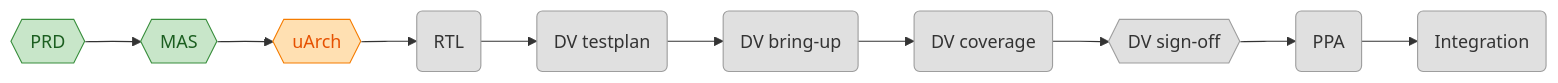
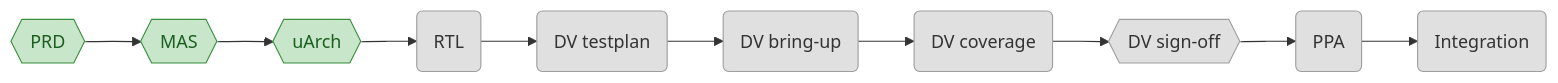
Before and after one commit to matanco64/HWSW_Project: the first of 3 diagrams in hw/PROGRESS.md, drawn with Mermaid. The commit also changed other lines of this file and 5 other files, not shown here.

````diff
--- a/hw/PROGRESS.md
+++ b/hw/PROGRESS.md
@@ -10,22 +10,21 @@
 ```mermaid
 flowchart LR
     prd{{PRD}}
     mas{{MAS}}
     uarch{{uArch}}
     rtl(RTL)
     dv_testplan(DV testplan)
     dv_bringup(DV bring-up)
     dv_coverage(DV coverage)
     dv_signoff{{DV sign-off}}
     ppa(PPA)
     integration(Integration)
     prd --> mas --> uarch --> rtl --> dv_testplan --> dv_bringup --> dv_coverage --> dv_signoff --> ppa --> integration
     classDef todo fill:#e0e0e0,stroke:#9e9e9e,color:#333
     classDef in_progress fill:#bbdefb,stroke:#1976d2,color:#0d47a1
     classDef review fill:#ffe0b2,stroke:#f57c00,color:#e65100
     classDef done fill:#c8e6c9,stroke:#388e3c,color:#1b5e20
     classDef blocked fill:#ffcdd2,stroke:#d32f2f,color:#b71c1c
     class rtl,dv_testplan,dv_bringup,dv_coverage,dv_signoff,ppa,integration todo
-    class uarch review
-    class prd,mas done
+    class prd,mas,uarch done
 ```
````
